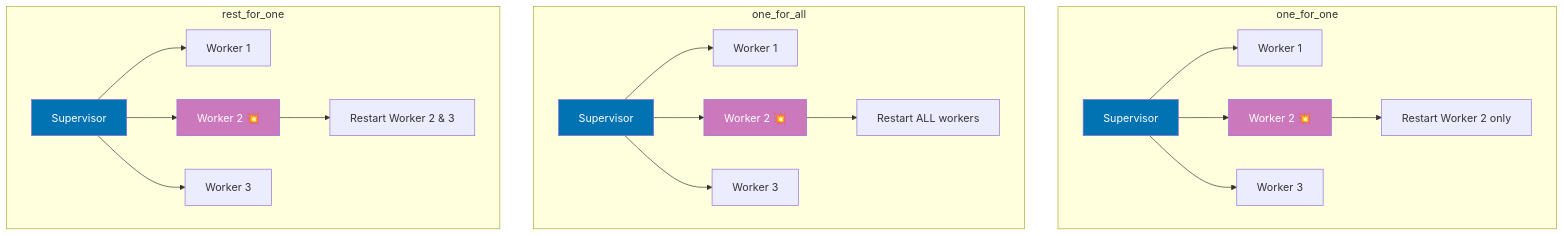
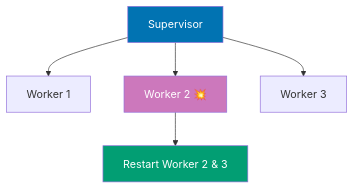
Before and after one commit to wahidyankf/open-sharia-enterprise: the sixth of 20 diagrams in apps/ayokoding-web/content/en/learn/software-engineering/programming-languages/elixir/tutorials/by-example/advanced.md, drawn with Mermaid. The commit also changed other lines of this file and 86 other files, not shown here.

First line of the commit message:
feat(diagrams): implement TD default layout and diagram splitting for mobile

````diff
--- a/apps/ayokoding-web/content/en/learn/software-engineering/programming-languages/elixir/tutorials/by-example/advanced.md
+++ b/apps/ayokoding-web/content/en/learn/software-engineering/programming-languages/elixir/tutorials/by-example/advanced.md
@@ -763,31 +793,11 @@
 ```mermaid
-%% Color Palette: Blue #0173B2, Orange #DE8F05, Teal #029E73, Purple #CC78BC, Brown #CA9161
-graph TB
-    subgraph OneForOne["one_for_one"]
-        S1["Supervisor"] --> W1["Worker 1"]
-        S1 --> W2["Worker 2 💥"]
-        S1 --> W3["Worker 3"]
-        W2 --> R1["Restart Worker 2 only"]
-    end
+graph TD
+    S3["Supervisor"] --> W7["Worker 1"]
+    S3 --> W8["Worker 2 💥"]
+    S3 --> W9["Worker 3"]
+    W8 --> R3["Restart Worker 2 & 3"]
 
-    subgraph OneForAll["one_for_all"]
-        S2["Supervisor"] --> W4["Worker 1 "]
-        S2 --> W5["Worker 2 💥"]
-        S2 --> W6["Worker 3 "]
-        W5 --> R2["Restart ALL workers"]
-    end
-
-    subgraph RestForOne["rest_for_one"]
-        S3["Supervisor"] --> W7["Worker 1"]
-        S3 --> W8["Worker 2 💥"]
-        S3 --> W9["Worker 3"]
-        W8 --> R3["Restart Worker 2 & 3"]
-    end
-
-    style S1 fill:#0173B2,color:#fff
-    style S2 fill:#0173B2,color:#fff
     style S3 fill:#0173B2,color:#fff
-    style W2 fill:#CC78BC,color:#fff
-    style W5 fill:#CC78BC,color:#fff
     style W8 fill:#CC78BC,color:#fff
+    style R3 fill:#029E73,color:#fff
 ```
````
